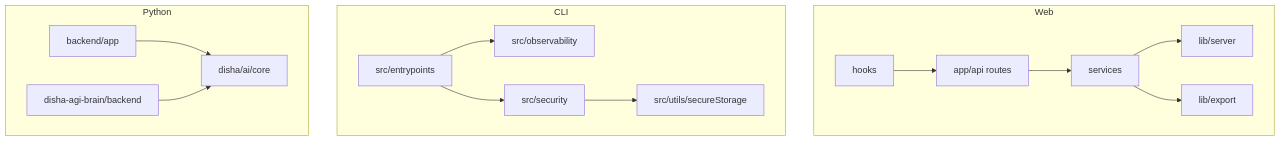
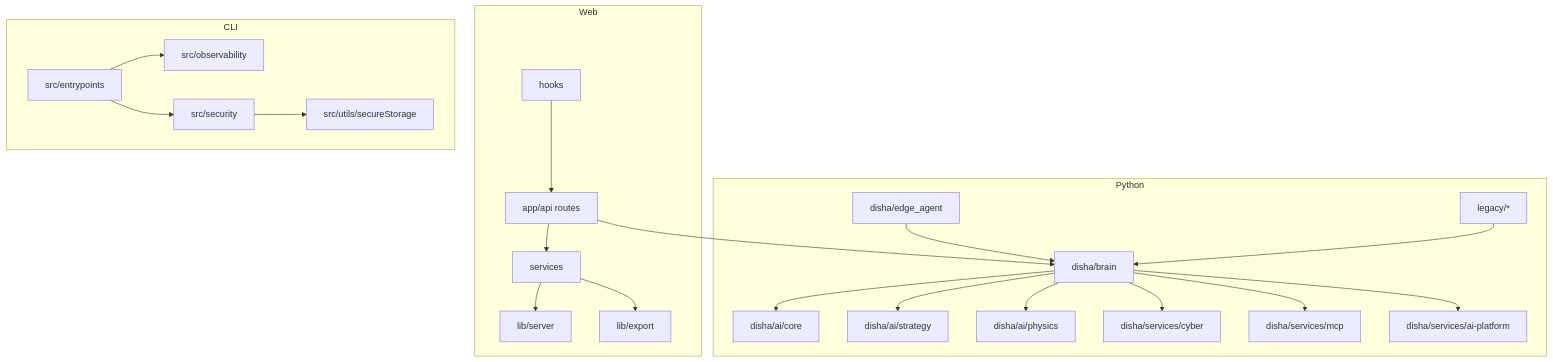
One commit to Tashima-Tarsh/Disha changed the fourth of 4 diagrams in docs/architecture-diagrams.md. Above: the diagram before and after it, drawn with Mermaid. The commit also changed other lines of this file and 3 other files, not shown here.

Commit message:
Update architecture diagrams for DISHA Brain modules

````diff
--- a/docs/architecture-diagrams.md
+++ b/docs/architecture-diagrams.md
@@ -93,35 +97,48 @@
 ```mermaid
 flowchart TD
     subgraph Web
         Route[app/api routes]
         WebSvc[services]
         Server[lib/server]
         Export[lib/export]
         Hooks[hooks]
     end
 
     subgraph CLI
         Entry[src/entrypoints]
         Obs[src/observability]
         Sec[src/security]
         Store[src/utils/secureStorage]
     end
 
     subgraph Python
-        FastAPI[backend/app]
+        Brain[disha/brain]
+        Edge[disha/edge_agent]
         AICore[disha/ai/core]
-        AIPlatform[disha-agi-brain/backend]
+        Strategy[disha/ai/strategy]
+        Physics[disha/ai/physics]
+        Cyber[disha/services/cyber]
+        MCPServer[disha/services/mcp]
+        AIPlatform[disha/services/ai-platform]
+        Legacy[legacy/*]
     end
 
     Route --> WebSvc
     WebSvc --> Server
     WebSvc --> Export
     Hooks --> Route
 
     Entry --> Obs
     Entry --> Sec
     Sec --> Store
 
-    FastAPI --> AICore
-    AIPlatform --> AICore
+    Route --> Brain
+    Brain --> AICore
+    Brain --> Strategy
+    Brain --> Physics
+    Brain --> Cyber
+    Brain --> MCPServer
+    Brain --> AIPlatform
+    Edge --> Brain
+    Legacy --> Brain
 ```
````
